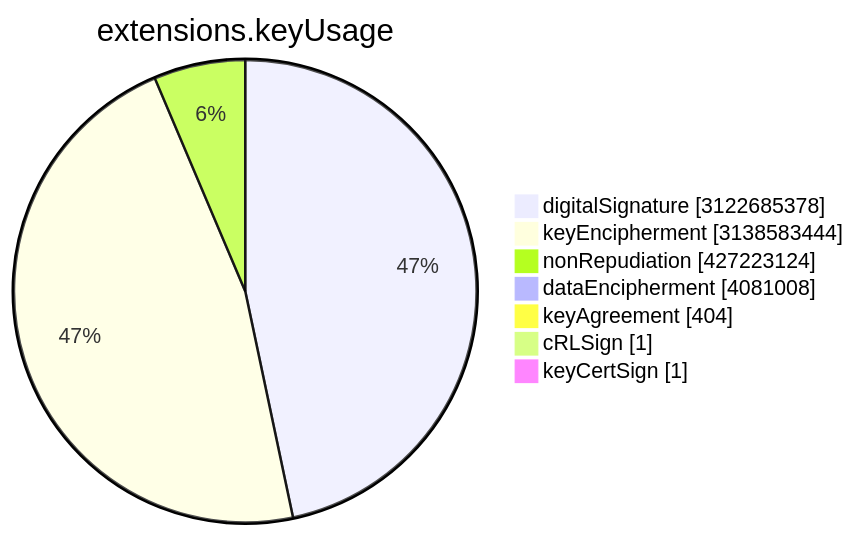
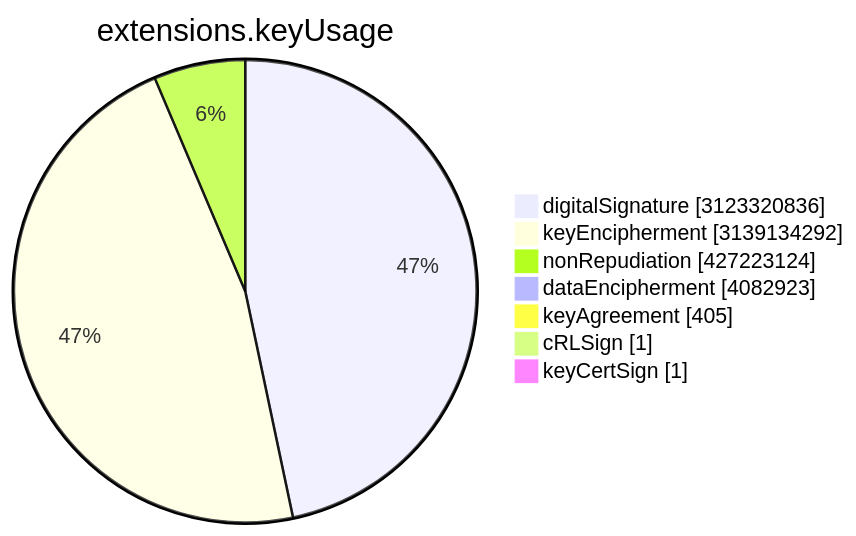
Before and after one commit to christiankrug/ctmonitor_visualization: the sixth of 15 diagrams in TOTAL/README.md, drawn with Mermaid. The commit also changed other lines of this file, not shown here.

````diff
--- a/TOTAL/README.md
+++ b/TOTAL/README.md
@@ -3077,11 +3077,11 @@
 ```mermaid
 pie showData
 title extensions.keyUsage
-"digitalSignature" :3122685378
-"keyEncipherment" :3138583444
+"digitalSignature" :3123320836
+"keyEncipherment" :3139134292
 "nonRepudiation" :427223124
-"dataEncipherment" :4081008
-"keyAgreement" :404
+"dataEncipherment" :4082923
+"keyAgreement" :405
 "cRLSign" :1
 "keyCertSign" :1
 ```
````
